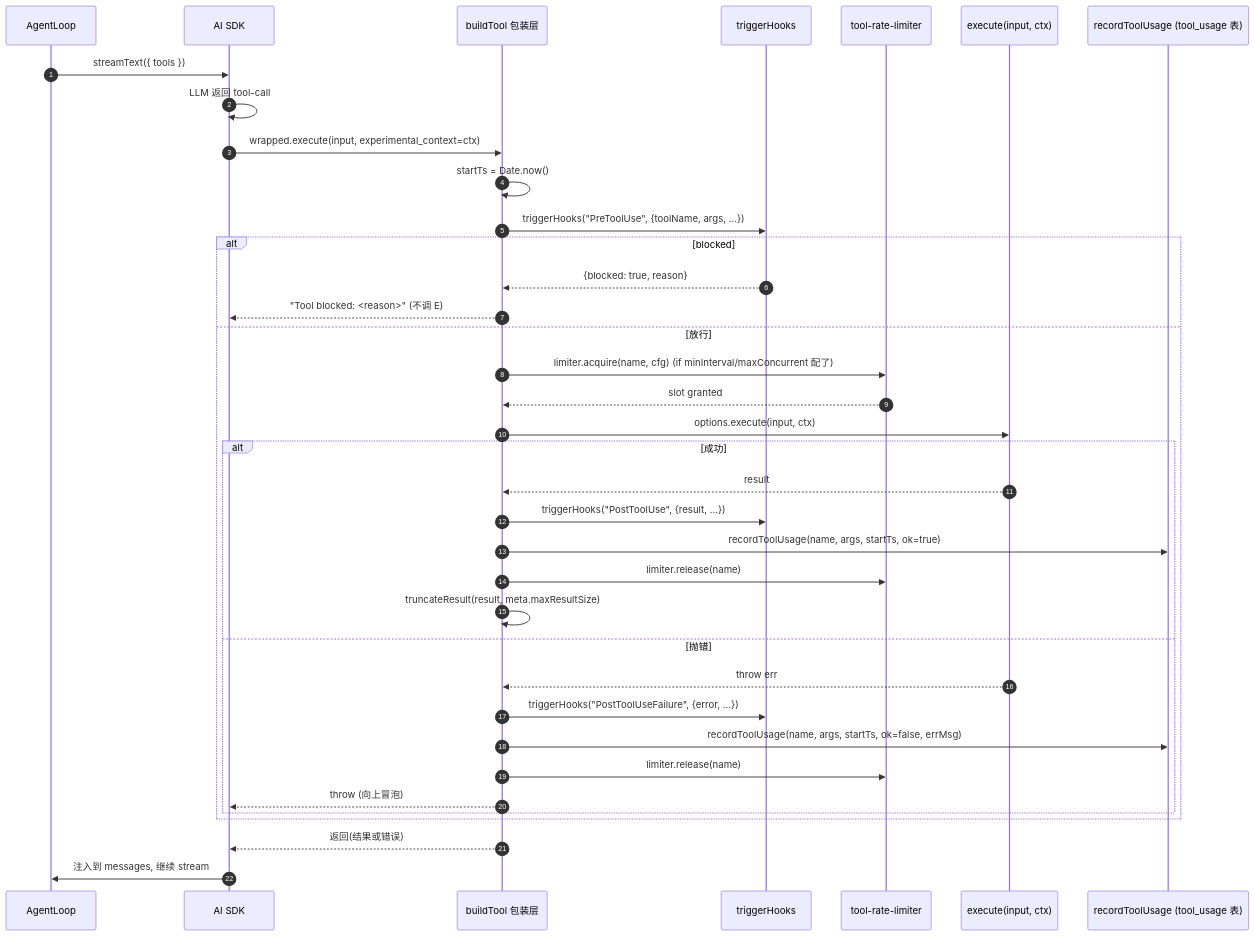
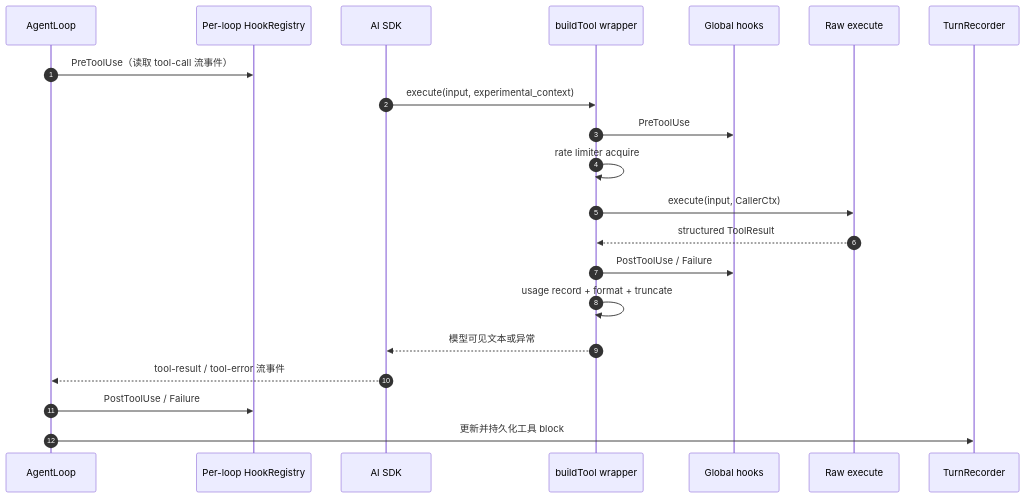
Before and after one commit to LanicBlue/zero-core: the first of 2 diagrams in docs/arch/04-tools-subsystem.md, drawn with Mermaid. The commit also changed other lines of this file and 54 other files, not shown here.

````diff
--- a/docs/arch/04-tools-subsystem.md
+++ b/docs/arch/04-tools-subsystem.md
@@ -258,40 +72,24 @@
 ```mermaid
 sequenceDiagram
     autonumber
-    participant A as AgentLoop
-    participant AI as AI SDK
-    participant TF as buildTool 包装层
-    participant H as triggerHooks
-    participant RL as tool-rate-limiter
-    participant E as execute(input, ctx)
-    participant TU as recordToolUsage (tool_usage 表)
+    participant L as AgentLoop
+    participant P as Per-loop HookRegistry
+    participant A as AI SDK
+    participant F as buildTool wrapper
+    participant G as Global hooks
+    participant T as Raw execute
+    participant R as TurnRecorder
 
-    A->>AI: streamText({ tools })
-    AI->>AI: LLM 返回 tool-call
-    AI->>TF: wrapped.execute(input, experimental_context=ctx)
-    TF->>TF: startTs = Date.now()
-    TF->>H: triggerHooks("PreToolUse", {toolName, args, ...})
-    alt blocked
-        H-->>TF: {blocked: true, reason}
-        TF-->>AI: "Tool blocked: <reason>"  (不调 E)
-    else 放行
-        TF->>RL: limiter.acquire(name, cfg) (if minInterval/maxConcurrent 配了)
-        RL-->>TF: slot granted
-        TF->>E: options.execute(input, ctx)
-        alt 成功
-            E-->>TF: result
-            TF->>H: triggerHooks("PostToolUse", {result, ...})
-            TF->>TU: recordToolUsage(name, args, startTs, ok=true)
-            TF->>RL: limiter.release(name)
-            TF->>TF: truncateResult(result, meta.maxResultSize)
-        else 抛错
-            E-->>TF: throw err
-            TF->>H: triggerHooks("PostToolUseFailure", {error, ...})
-            TF->>TU: recordToolUsage(name, args, startTs, ok=false, errMsg)
-            TF->>RL: limiter.release(name)
-            TF-->>AI: throw (向上冒泡)
-        end
-    end
-    TF-->>AI: 返回(结果或错误)
-    AI->>A: 注入到 messages, 继续 stream
+    L->>P: PreToolUse（读取 tool-call 流事件）
+    A->>F: execute(input, experimental_context)
+    F->>G: PreToolUse
+    F->>F: rate limiter acquire
+    F->>T: execute(input, CallerCtx)
+    T-->>F: structured ToolResult
+    F->>G: PostToolUse / Failure
+    F->>F: usage record + format + truncate
+    F-->>A: 模型可见文本或异常
+    A-->>L: tool-result / tool-error 流事件
+    L->>P: PostToolUse / Failure
+    L->>R: 更新并持久化工具 block
 ```
````
